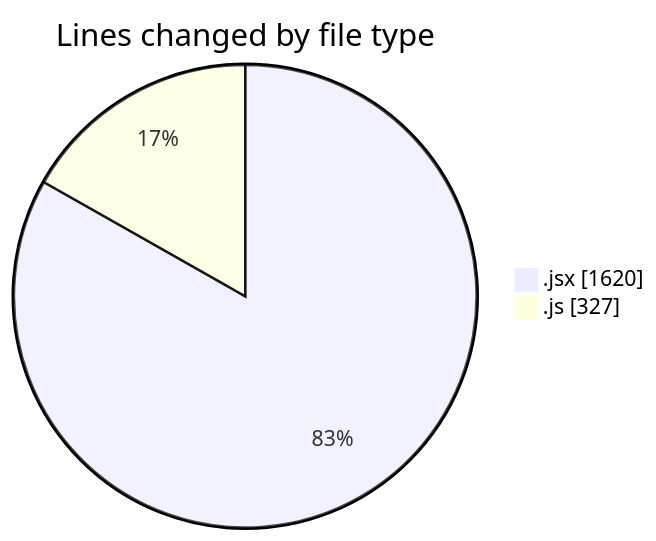
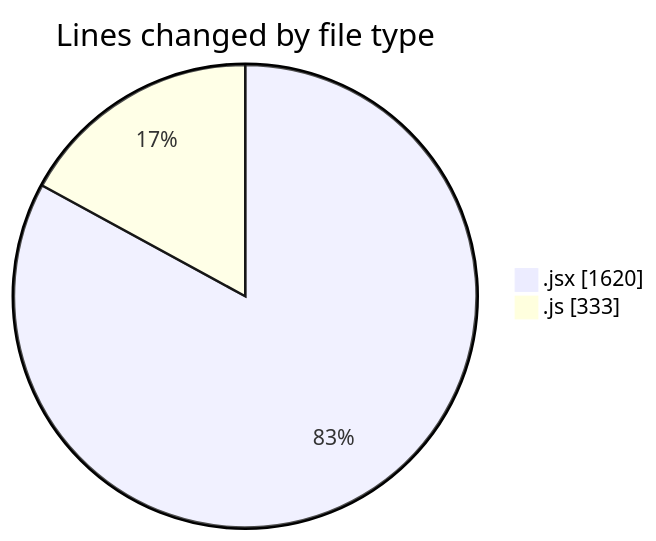
One commit to nxtqubesakshisongat/code-tracking changed the first of 2 diagrams in 2025-05-15/argos-dev/README.md. Above: the diagram before and after it, drawn with Mermaid. The commit also changed other lines of this file and 1 other file, not shown here.

````diff
--- a/2025-05-15/argos-dev/README.md
+++ b/2025-05-15/argos-dev/README.md
@@ -24,6 +24,6 @@
 ```mermaid
 pie showData
 title Lines changed by file type
 ".jsx" : 1620
-".js" : 327
+".js" : 333
 ```
````
